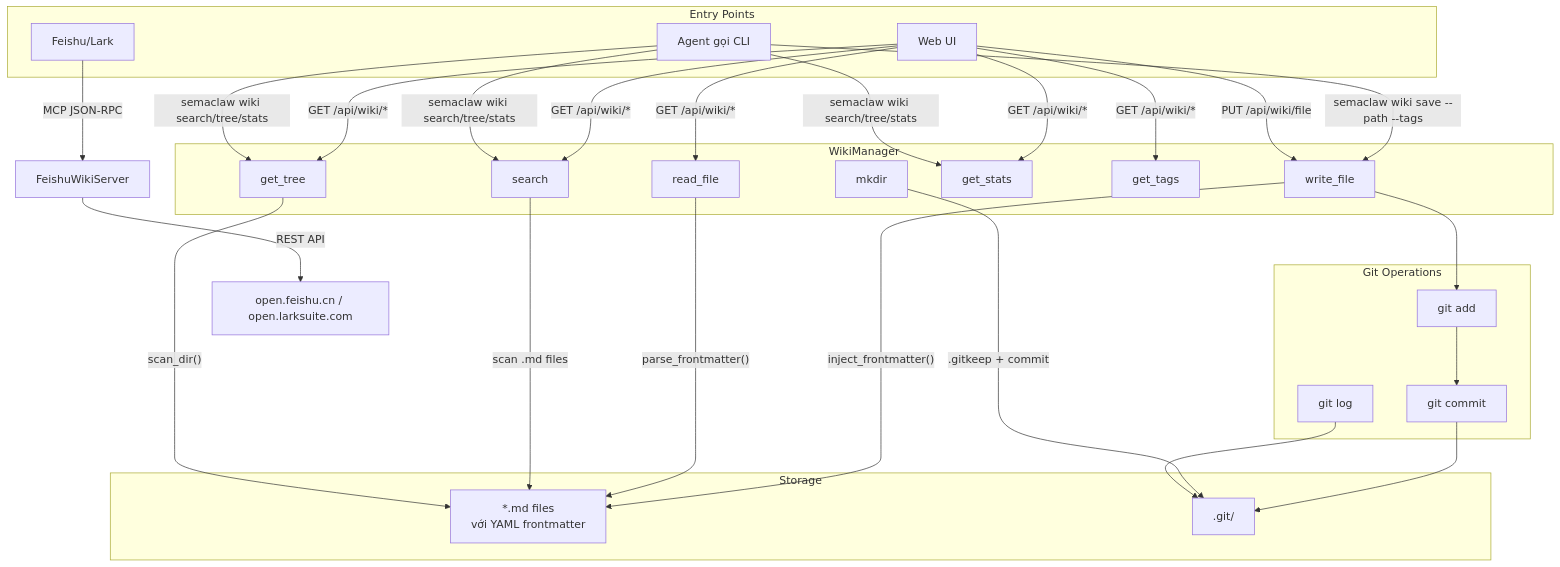
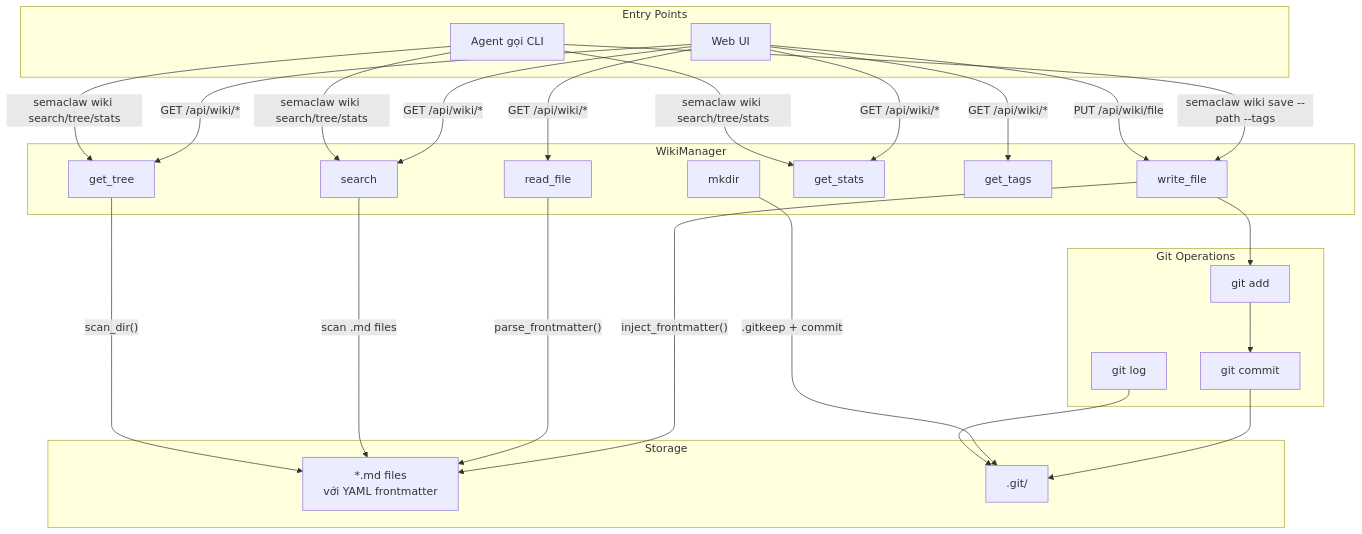
Before and after one commit to NortonBen/SenClaw: the seventh of 10 diagrams in docs/memory.md, drawn with Mermaid. The commit also changed other lines of this file and 14 other files, not shown here.

Commit message:
refactor: replace Feishu wiki MCP server with a local git-backed Wiki MCP server, enhancing wiki management capabilities and streamlining integration with the existing system

````diff
--- a/docs/memory.md
+++ b/docs/memory.md
@@ -377,48 +428,44 @@
 ```mermaid
 flowchart TD
     subgraph "Entry Points"
         AGENT[Agent gọi CLI]
         WEB[Web UI]
-        FEISHU[Feishu/Lark]
     end
 
     subgraph "WikiManager"
         WRITE[write_file]
         READ[read_file]
         SEARCH[search]
         TREE[get_tree]
         STATS[get_stats]
         TAGS[get_tags]
         MKDIR[mkdir]
     end
 
     subgraph "Git Operations"
         ADD[git add]
         COMMIT[git commit]
         LOG[git log]
     end
 
     subgraph "Storage"
         MD[*.md files<br/>với YAML frontmatter]
         GITDIR[.git/]
     end
 
     AGENT -->|"semaclaw wiki save --path --tags"| WRITE
     WEB -->|"PUT /api/wiki/file"| WRITE
     WEB -->|"GET /api/wiki/*"| READ & SEARCH & TREE & STATS & TAGS
     AGENT -->|"semaclaw wiki search/tree/stats"| SEARCH & TREE & STATS
 
     WRITE --> |"inject_frontmatter()"| MD
     WRITE --> ADD
     ADD --> COMMIT
     COMMIT --> GITDIR
     MKDIR --> |".gitkeep + commit"| GITDIR
 
     READ --> |"parse_frontmatter()"| MD
     SEARCH --> |"scan .md files"| MD
     TREE --> |"scan_dir()"| MD
     LOG --> GITDIR
-
-    FEISHU -->|"MCP JSON-RPC"| FW_MCP[FeishuWikiServer]
-    FW_MCP -->|"REST API"| LARK[open.feishu.cn / open.larksuite.com]
 ```
````
